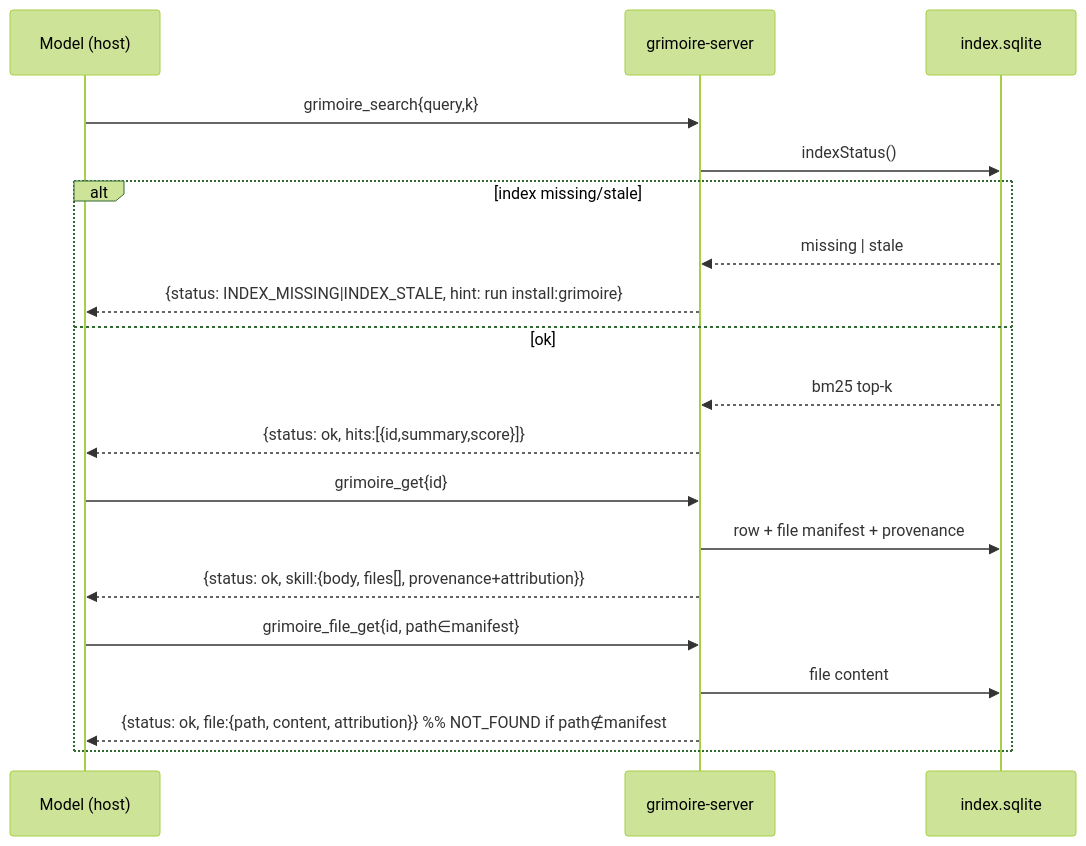
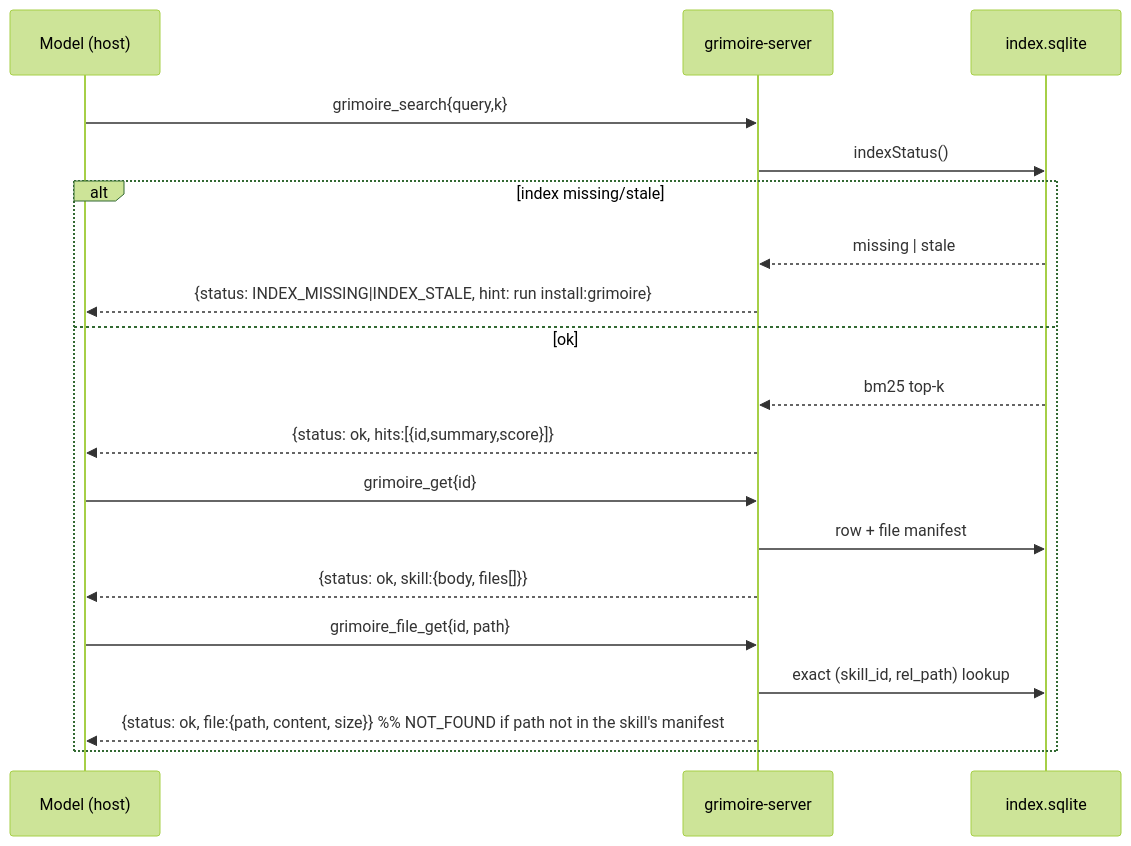
One commit to Lyther/agent-surface changed the third of 3 diagrams in mcps/grimoire/diagrams.md. Above: the diagram before and after it, drawn with Mermaid (forest theme). The commit also changed other lines of this file and 81 other files, not shown here.

````diff
--- a/mcps/grimoire/diagrams.md
+++ b/mcps/grimoire/diagrams.md
@@ -78,22 +72,22 @@
 ```mermaid
 sequenceDiagram
     participant M as Model (host)
     participant G as grimoire-server
     participant DB as index.sqlite
 
     M->>G: grimoire_search{query,k}
     G->>DB: indexStatus()
     alt index missing/stale
         DB-->>G: missing | stale
         G-->>M: {status: INDEX_MISSING|INDEX_STALE, hint: run install:grimoire}
     else ok
         DB-->>G: bm25 top-k
         G-->>M: {status: ok, hits:[{id,summary,score}]}
         M->>G: grimoire_get{id}
-        G->>DB: row + file manifest + provenance
-        G-->>M: {status: ok, skill:{body, files[], provenance+attribution}}
-        M->>G: grimoire_file_get{id, path∈manifest}
-        G->>DB: file content
-        G-->>M: {status: ok, file:{path, content, attribution}}  %% NOT_FOUND if path∉manifest
+        G->>DB: row + file manifest
+        G-->>M: {status: ok, skill:{body, files[]}}
+        M->>G: grimoire_file_get{id, path}
+        G->>DB: exact (skill_id, rel_path) lookup
+        G-->>M: {status: ok, file:{path, content, size}}  %% NOT_FOUND if path not in the skill's manifest
     end
 ```
````
